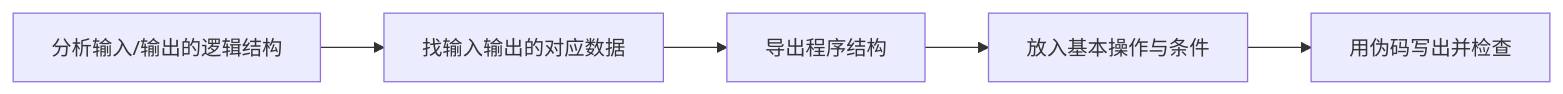
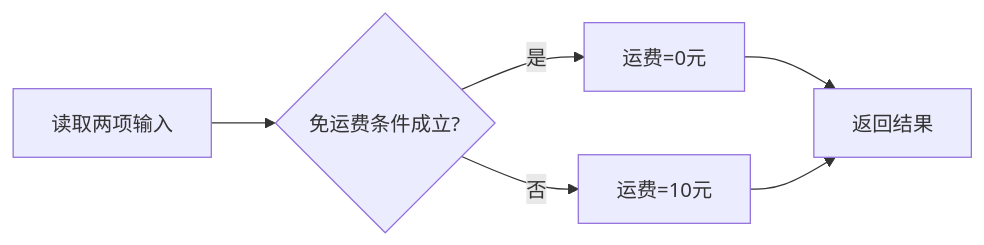
One commit to 74262195/system-architect-notes changed the diagram in 01_综合知识/04_软件工程基础知识/03_分析与设计/结构化详细设计工具.md. Above: the diagram before and after it, drawn with Mermaid. The commit also changed other lines of this file and 2 other files, not shown here.

````diff
--- a/01_综合知识/04_软件工程基础知识/03_分析与设计/结构化详细设计工具.md
+++ b/01_综合知识/04_软件工程基础知识/03_分析与设计/结构化详细设计工具.md
@@ -40,7 +77,8 @@
 ```mermaid
 flowchart LR
-    A[分析输入/输出的逻辑结构] --> B[找输入输出的对应数据]
-    B --> C[导出程序结构]
-    C --> D[放入基本操作与条件]
-    D --> E[用伪码写出并检查]
+    A[读取两项输入] --> B{免运费条件成立?}
+    B -- 是 --> C[运费=0元]
+    B -- 否 --> D[运费=10元]
+    C --> E[返回结果]
+    D --> E
 ```
````
